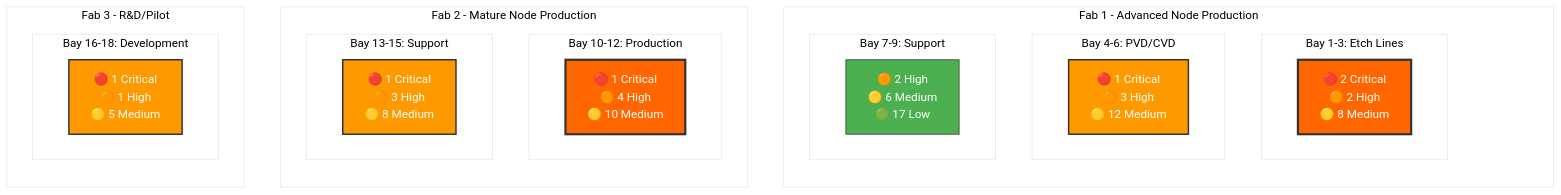
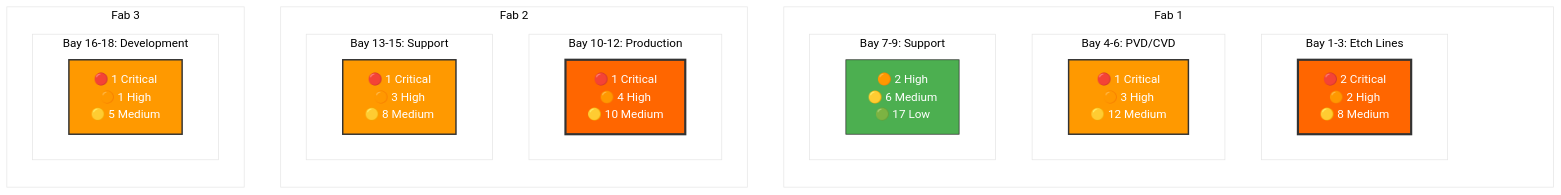
One commit to StephanieHepp/Risk-Assessment changed the third of 10 diagrams in scaled_vacuum_report_200.md. Above: the diagram before and after it, drawn with Mermaid.

````diff
--- a/scaled_vacuum_report_200.md
+++ b/scaled_vacuum_report_200.md
@@ -40,48 +40,48 @@
 ```mermaid
 %%{init: {'theme':'base', 'themeVariables': {'primaryColor':'#fff', 'secondaryColor':'#000'}}}%%
 graph TB
-    subgraph "Fab 1 - Advanced Node Production"
+    subgraph "Fab 1"
         direction TB
         spacer["<br/><br/>"]:::invisible
             subgraph "Bay 1-3: Etch Lines" 
                 F1B1["🔴 2 Critical<br/>🟠 2 High<br/>🟡 8 Medium"]
             end
             subgraph "Bay 4-6: PVD/CVD"
                 F1B2["🔴 1 Critical<br/>🟠 3 High<br/>🟡 12 Medium"]
             end
             subgraph "Bay 7-9: Support" 
                 F1B3["🟠 2 High<br/>🟡 6 Medium<br/>🟢 17 Low"]
             end
     end
     
-    subgraph "Fab 2 - Mature Node Production"
+    subgraph "Fab 2"
         direction TB
         spacer["<br/><br/>"]:::invisible
             subgraph "Bay 10-12: Production"
                 F2B1["🔴 1 Critical<br/>🟠 4 High<br/>🟡 10 Medium"]
             end
             subgraph "Bay 13-15: Support"
                 F2B2["🔴 1 Critical<br/>🟠 3 High<br/>🟡 8 Medium"]
             end
     end
     
-    subgraph "Fab 3 - R&D/Pilot"
+    subgraph "Fab 3"
         direction TB
         spacer["<br/><br/>"]:::invisible
             subgraph "Bay 16-18: Development"
                 F3B1["🔴 1 Critical<br/>🟠 1 High<br/>🟡 5 Medium"]
             end
     end
 
     classDef invisible fill:none,stroke:none,stroke-width:0px
     classDef critical fill:#ff6600,stroke:#333,stroke-width:3px,color:#fff
     classDef high fill:#ff9900,stroke:#333,stroke-width:2px,color:#fff
     classDef medium fill:#ffcc00,stroke:#333,stroke-width:2px,color:#000
     classDef lowrisk fill:#4CAF50,stroke:#333,stroke-width:1px,color:#fff
     
 
     
     class F1B1,F2B1 critical
     class F1B2,F2B2,F3B1 high
     class F1B3 lowrisk
 ```
````
